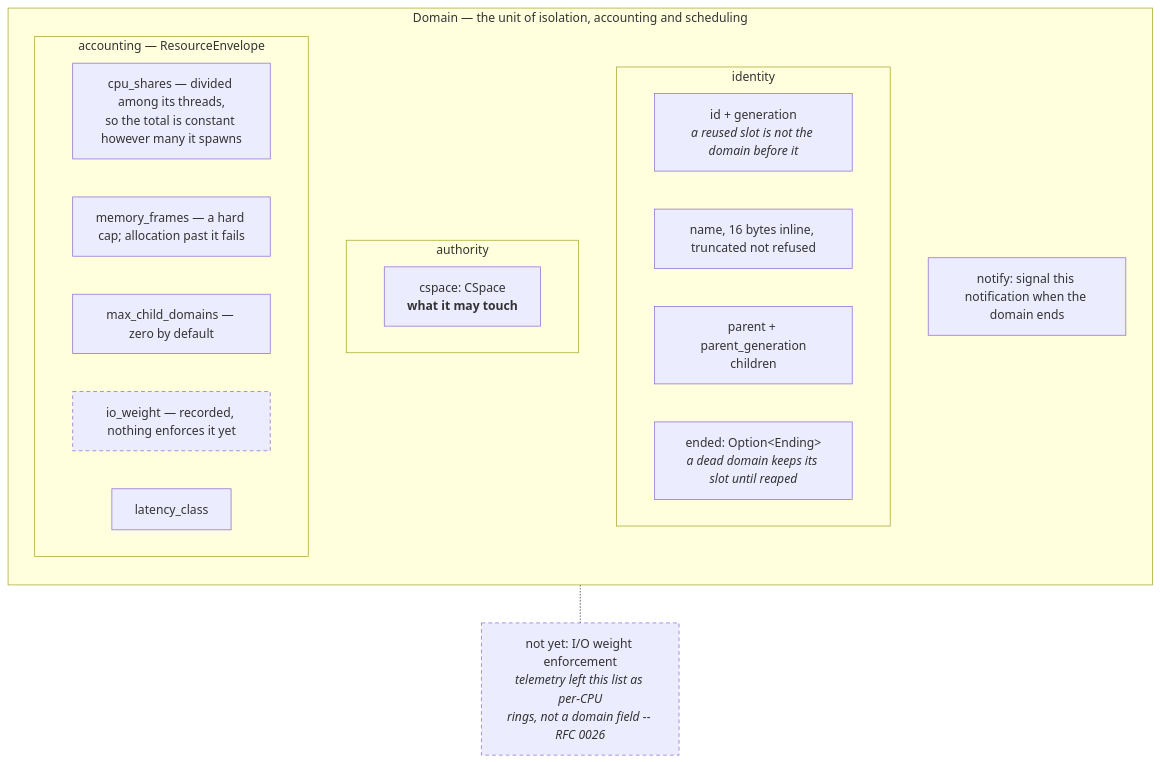
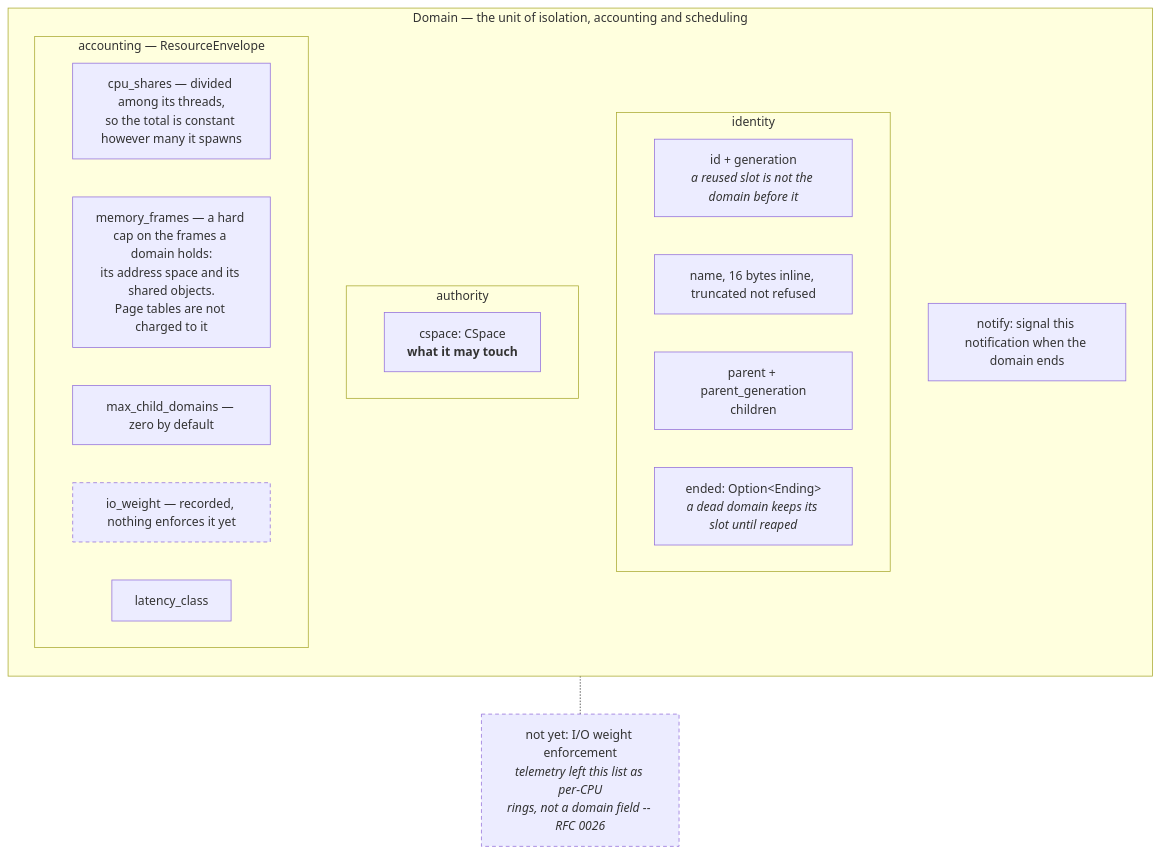
One commit to bhaskix/bhaskix changed the fifth of 6 diagrams in docs/architecture.md. Above: the diagram before and after it, drawn with Mermaid. The commit also changed 10 other files, not shown here.

````diff
--- a/docs/architecture.md
+++ b/docs/architecture.md
@@ -409,33 +409,33 @@
 ```mermaid
 flowchart TB
     subgraph DOM["Domain — the unit of isolation, accounting and scheduling"]
         direction TB
 
         subgraph ID["identity"]
             I1["id + generation<br/><i>a reused slot is not the domain before it</i>"]
             I2["name, 16 bytes inline, truncated not refused"]
             I3["parent + parent_generation<br/>children"]
             I4["ended: Option&lt;Ending&gt;<br/><i>a dead domain keeps its slot until reaped</i>"]
         end
 
         subgraph AUTH["authority"]
             CS["cspace: CSpace<br/><b>what it may touch</b>"]
         end
 
         subgraph ACCT["accounting — ResourceEnvelope"]
             E1["cpu_shares — divided among its threads,<br/>so the total is constant however many it spawns"]
-            E2["memory_frames — a hard cap; allocation past it fails"]
+            E2["memory_frames — a hard cap on the frames a domain holds:<br/>its address space and its shared objects.<br/>Page tables are not charged to it"]
             E3["max_child_domains — zero by default"]
             E4["io_weight — recorded, nothing enforces it yet"]
             E5["latency_class"]
         end
 
         NOT["notify: signal this notification when the domain ends"]
     end
 
     MISSING["not yet: I/O weight enforcement<br/><i>telemetry left this list as per-CPU<br/>rings, not a domain field -- RFC 0026</i>"]
 
     DOM -.- MISSING
     classDef gap stroke-dasharray: 5 4
     class MISSING,E4 gap
 ```
````
